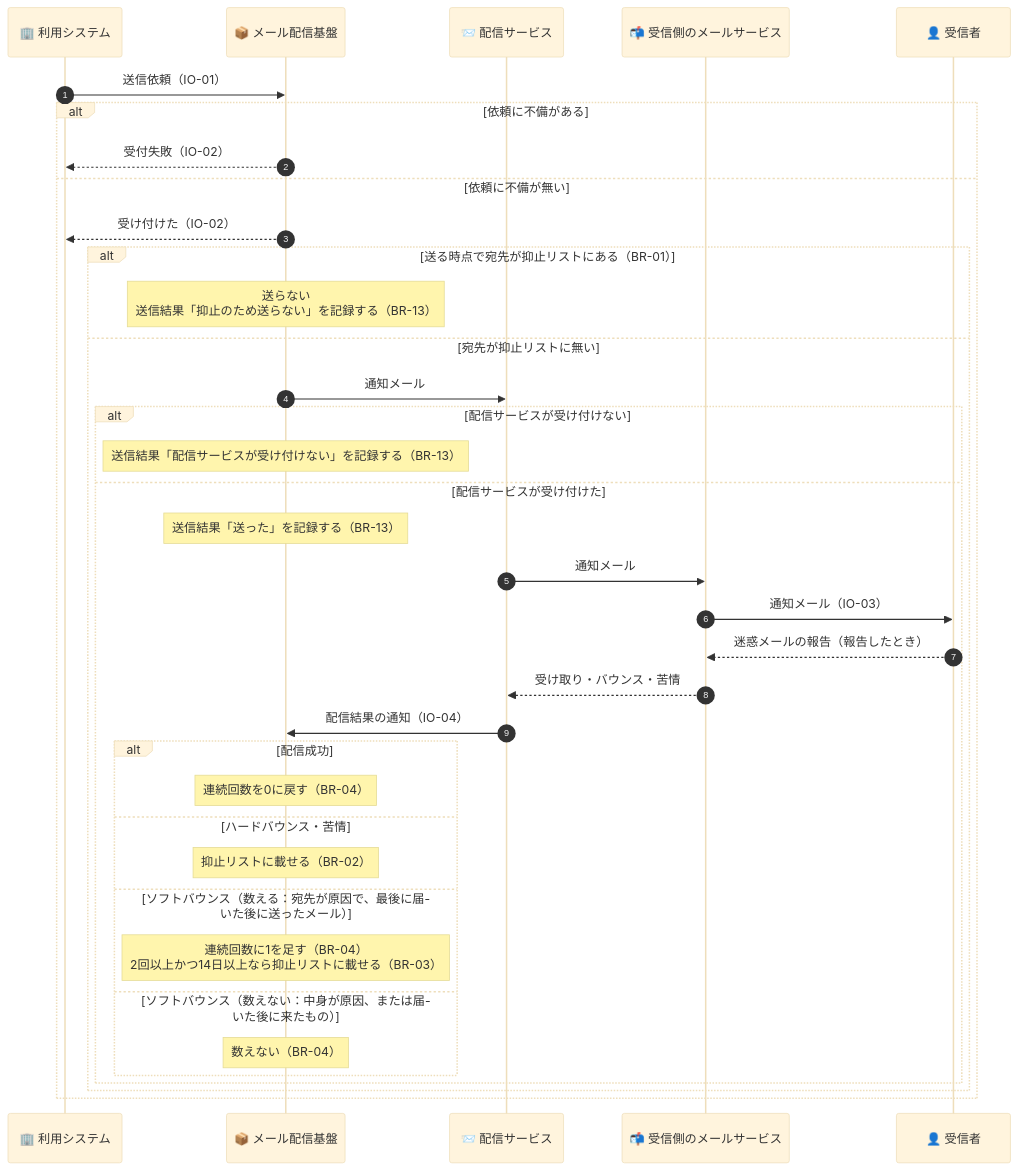
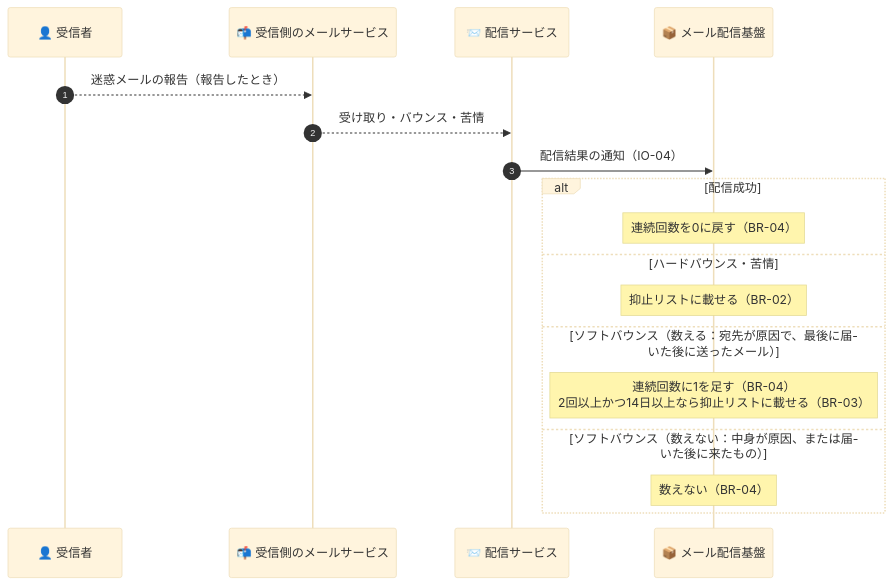
Before and after one commit to kasiopeiya/mail-poc: the fifth of 5 diagrams in docs/requirements.md, drawn with Mermaid (base theme). The commit also changed other lines of this file, not shown here.

Commit message:
docs: 業務フロー図を受付・送信・配信結果の通知の処理の3枚に分ける (#27)
PR #38 のレビュー指摘（図が大きく見にくい）を受けた。

````diff
--- a/docs/requirements.md
+++ b/docs/requirements.md
@@ -526,40 +569,21 @@
 ```mermaid
 sequenceDiagram
     autonumber
-    participant U as 🏢 利用システム
+    participant R as 👤 受信者
+    participant M as 📬 受信側のメールサービス
+    participant D as 📨 配信サービス
     participant S as 📦 メール配信基盤
-    participant D as 📨 配信サービス
-    participant M as 📬 受信側のメールサービス
-    participant R as 👤 受信者
 
-    U->>S: 送信依頼（IO-01）
-    alt 依頼に不備がある
-        S-->>U: 受付失敗（IO-02）
-    else 依頼に不備が無い
-        S-->>U: 受け付けた（IO-02）
-        alt 送る時点で宛先が抑止リストにある（BR-01）
-            Note over S: 送らない<br/>送信結果「抑止のため送らない」を記録する（BR-13）
-        else 宛先が抑止リストに無い
-            S->>D: 通知メール
-            alt 配信サービスが受け付けない
-                Note over S: 送信結果「配信サービスが受け付けない」を記録する（BR-13）
-            else 配信サービスが受け付けた
-                Note over S: 送信結果「送った」を記録する（BR-13）
-                D->>M: 通知メール
-                M->>R: 通知メール（IO-03）
-                R-->>M: 迷惑メールの報告（報告したとき）
-                M-->>D: 受け取り・バウンス・苦情
-                D->>S: 配信結果の通知（IO-04）
-                alt 配信成功
-                    Note over S: 連続回数を0に戻す（BR-04）
-                else ハードバウンス・苦情
-                    Note over S: 抑止リストに載せる（BR-02）
-                else ソフトバウンス（数える：宛先が原因で、最後に届いた後に送ったメール）
-                    Note over S: 連続回数に1を足す（BR-04）<br/>2回以上かつ14日以上なら抑止リストに載せる（BR-03）
-                else ソフトバウンス（数えない：中身が原因、または届いた後に来たもの）
-                    Note over S: 数えない（BR-04）
-                end
-            end
-        end
+    R-->>M: 迷惑メールの報告（報告したとき）
+    M-->>D: 受け取り・バウンス・苦情
+    D->>S: 配信結果の通知（IO-04）
+    alt 配信成功
+        Note over S: 連続回数を0に戻す（BR-04）
+    else ハードバウンス・苦情
+        Note over S: 抑止リストに載せる（BR-02）
+    else ソフトバウンス（数える：宛先が原因で、最後に届いた後に送ったメール）
+        Note over S: 連続回数に1を足す（BR-04）<br/>2回以上かつ14日以上なら抑止リストに載せる（BR-03）
+    else ソフトバウンス（数えない：中身が原因、または届いた後に来たもの）
+        Note over S: 数えない（BR-04）
     end
 ```
````
